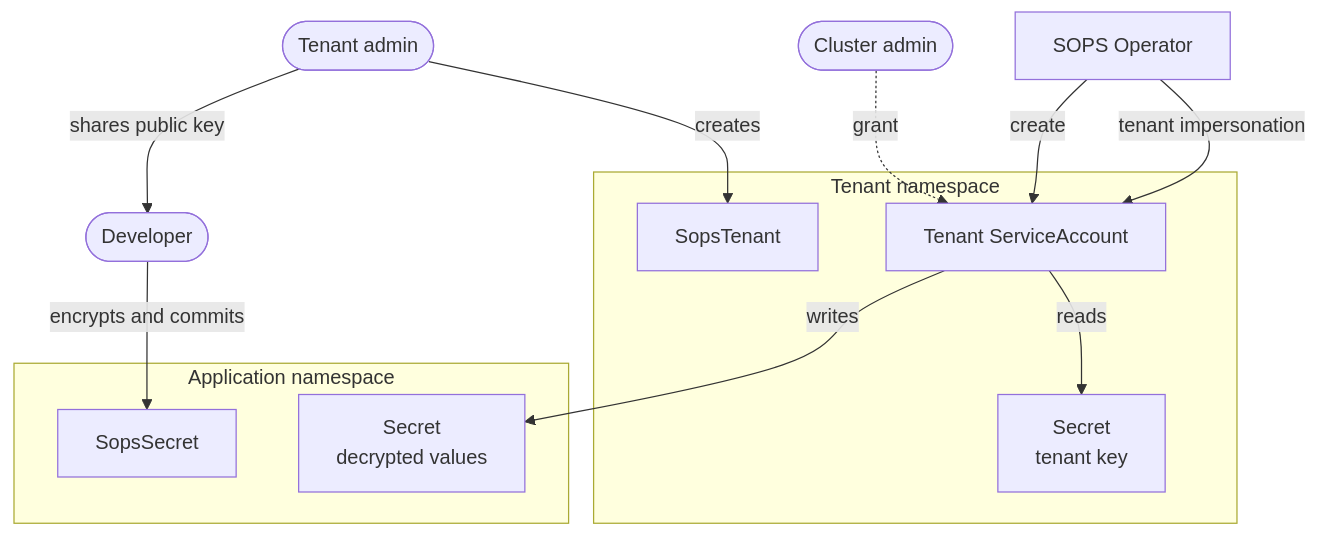
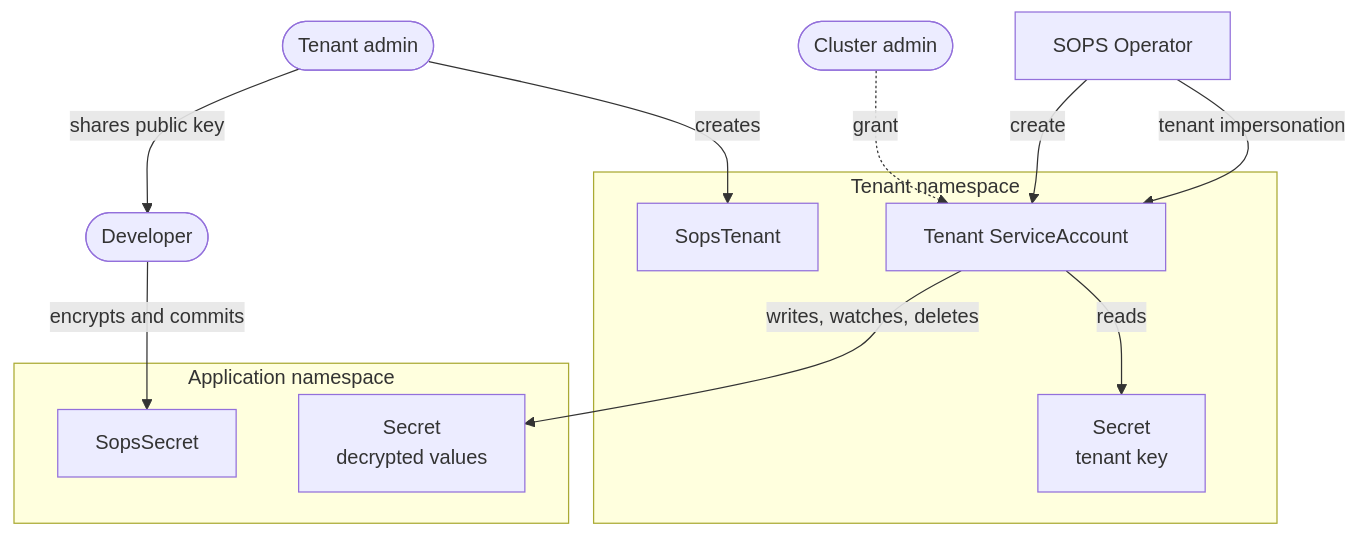
The diagram in README.md (stakater/sops-operator), drawn with Mermaid before and after one commit. The commit also changed other lines of this file and 75 other files, not shown here.

````diff
--- a/README.md
+++ b/README.md
@@ -110,28 +114,28 @@
 ```mermaid
 flowchart TB
     CA(["Cluster admin"])
     TA(["Tenant admin"])
     DEV(["Developer"])
 
     OP["SOPS Operator"]
 
     subgraph TNS["Tenant namespace"]
         TEN["SopsTenant"]
         SA["Tenant ServiceAccount"]
         KEY["Secret<br/>tenant key"]
     end
 
     subgraph APP["Application namespace"]
         SS["SopsSecret"]
         OUT["Secret<br/>decrypted values"]
     end
 
     CA -.->|grant| SA
     TA -->|creates| TEN
     TA -->|"shares public key"| DEV
     DEV -->|"encrypts and commits"| SS
     OP -->|create| SA
     OP -->|"tenant impersonation"| SA
     SA -->|reads| KEY
-    SA -->|writes| OUT
+    SA -->|"writes, watches, deletes"| OUT
 ```
````
